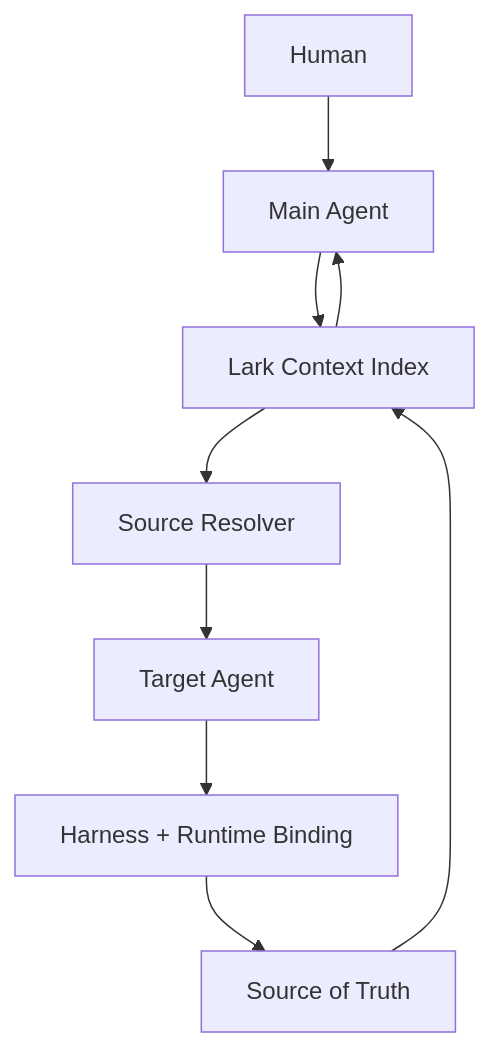
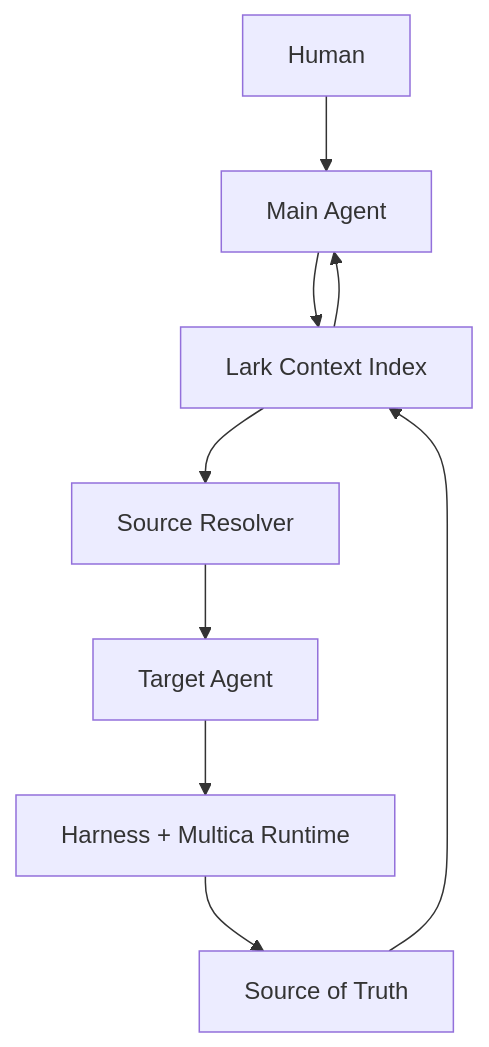
Before and after one commit to Yidada/chatty: the second of 2 diagrams in README.md, drawn with Mermaid. The commit also changed other lines of this file, not shown here.

Commit message:
docs: make Multica the runtime backend

````diff
--- a/README.md
+++ b/README.md
@@ -169,11 +164,11 @@
 ```mermaid
 flowchart TD
     U[Human] --> M[Main Agent]
     M --> C[Lark Context Index]
     C --> R[Source Resolver]
     R --> A[Target Agent]
-    A --> B[Harness + Runtime Binding]
+    A --> B[Harness + Multica Runtime]
     B --> S[Source of Truth]
     S --> C
     C --> M
 ```
````
